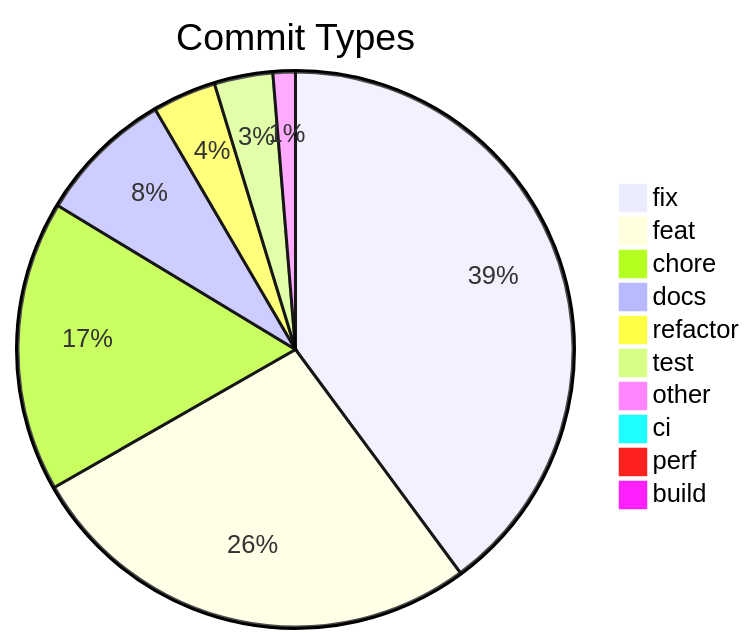
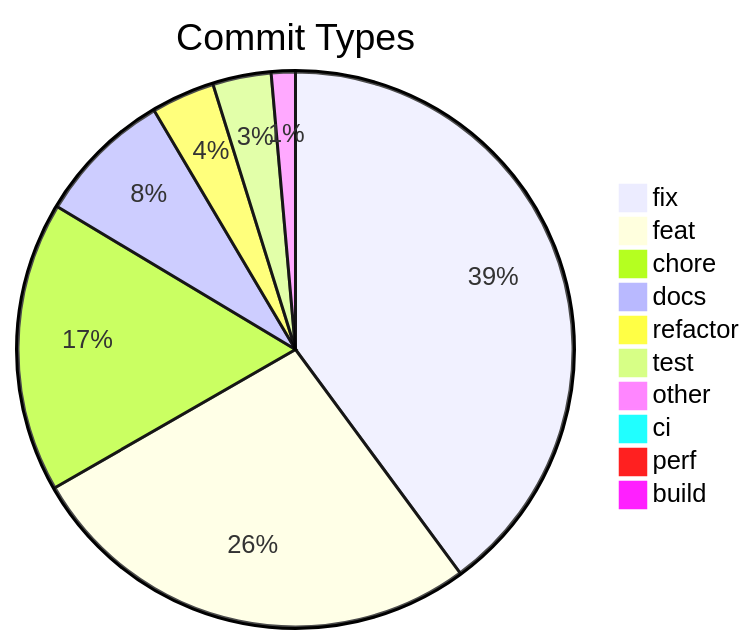
The diagram in .shipwright/compliance/change-history.md (svenroth-ai/shipwright-webui), drawn with Mermaid before and after one commit. The commit also changed other lines of this file and 17 other files, not shown here.

````diff
--- a/.shipwright/compliance/change-history.md
+++ b/.shipwright/compliance/change-history.md
@@ -10,13 +10,13 @@
 ```mermaid
 pie title Commit Types
-    "fix" : 398
+    "fix" : 399
     "feat" : 268
     "chore" : 169
     "docs" : 79
     "refactor" : 37
     "test" : 34
-    "other" : 13
+    "other" : 14
     "ci" : 8
     "perf" : 5
     "build" : 2
 ```
````
